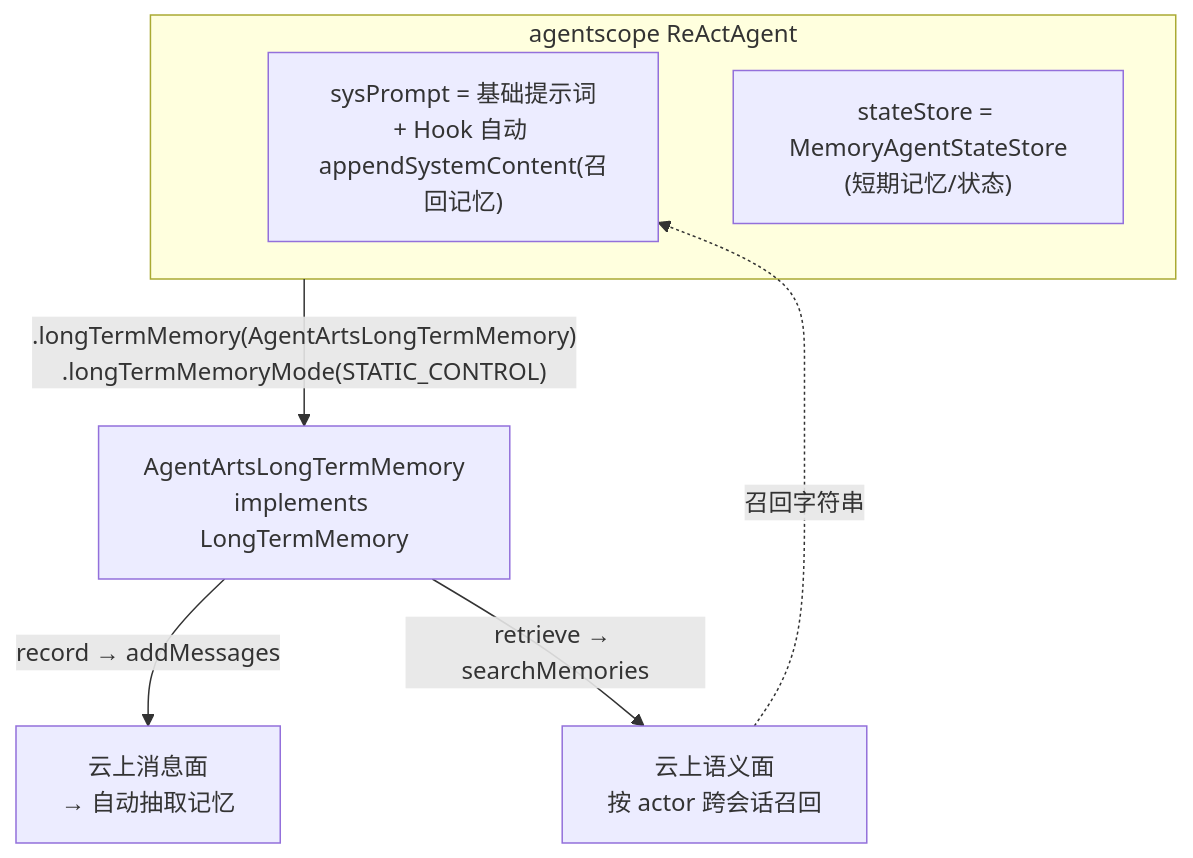
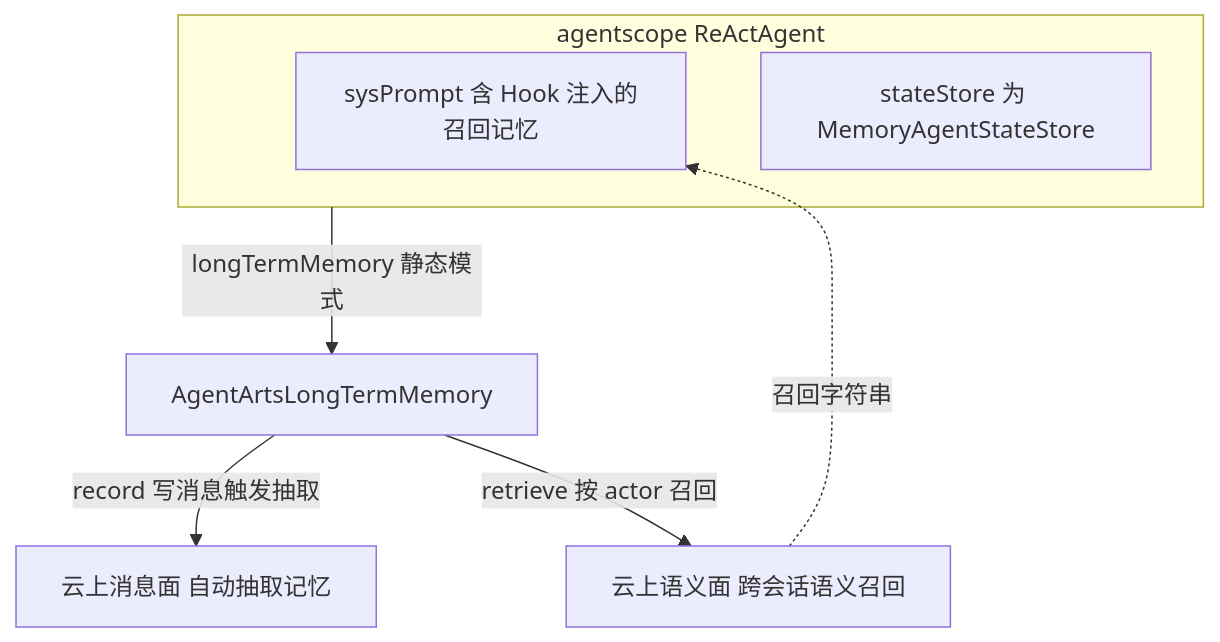
One commit to gaotong132/agentarts-sdk-java changed the third of 3 diagrams in docs/cn/sdk_user_guide/agentscope_memory_integration_guide.md. Above: the diagram before and after it, drawn with Mermaid. The commit also changed other lines of this file, not shown here.

First line of the commit message:
docs(integration-agentscope): simplify flowcharts for GitHub mermaid compat; add meta to compare

````diff
--- a/docs/cn/sdk_user_guide/agentscope_memory_integration_guide.md
+++ b/docs/cn/sdk_user_guide/agentscope_memory_integration_guide.md
@@ -338,11 +337,11 @@
 ```mermaid
 flowchart TD
-    subgraph AGENT["agentscope ReActAgent"]
-        SP["sysPrompt = 基础提示词<br/>+ Hook 自动 appendSystemContent(召回记忆)"]
-        SS["stateStore = MemoryAgentStateStore<br/>(短期记忆/状态)"]
+    subgraph AGENT [agentscope ReActAgent]
+        SP["sysPrompt 含 Hook 注入的召回记忆"]
+        SS["stateStore 为 MemoryAgentStateStore"]
     end
-    AGENT -->|".longTermMemory(AgentArtsLongTermMemory)<br/>.longTermMemoryMode(STATIC_CONTROL)"| LTM["AgentArtsLongTermMemory<br/>implements LongTermMemory"]
-    LTM -->|"record → addMessages"| MSG["云上消息面<br/>→ 自动抽取记忆"]
-    LTM -->|"retrieve → searchMemories"| SEM["云上语义面<br/>按 actor 跨会话召回"]
-    SEM -. 召回字符串 .-> SP
+    AGENT -->|longTermMemory 静态模式| LTM["AgentArtsLongTermMemory"]
+    LTM -->|record 写消息触发抽取| MSG["云上消息面 自动抽取记忆"]
+    LTM -->|retrieve 按 actor 召回| SEM["云上语义面 跨会话语义召回"]
+    SEM -.召回字符串.-> SP
 ```
````
